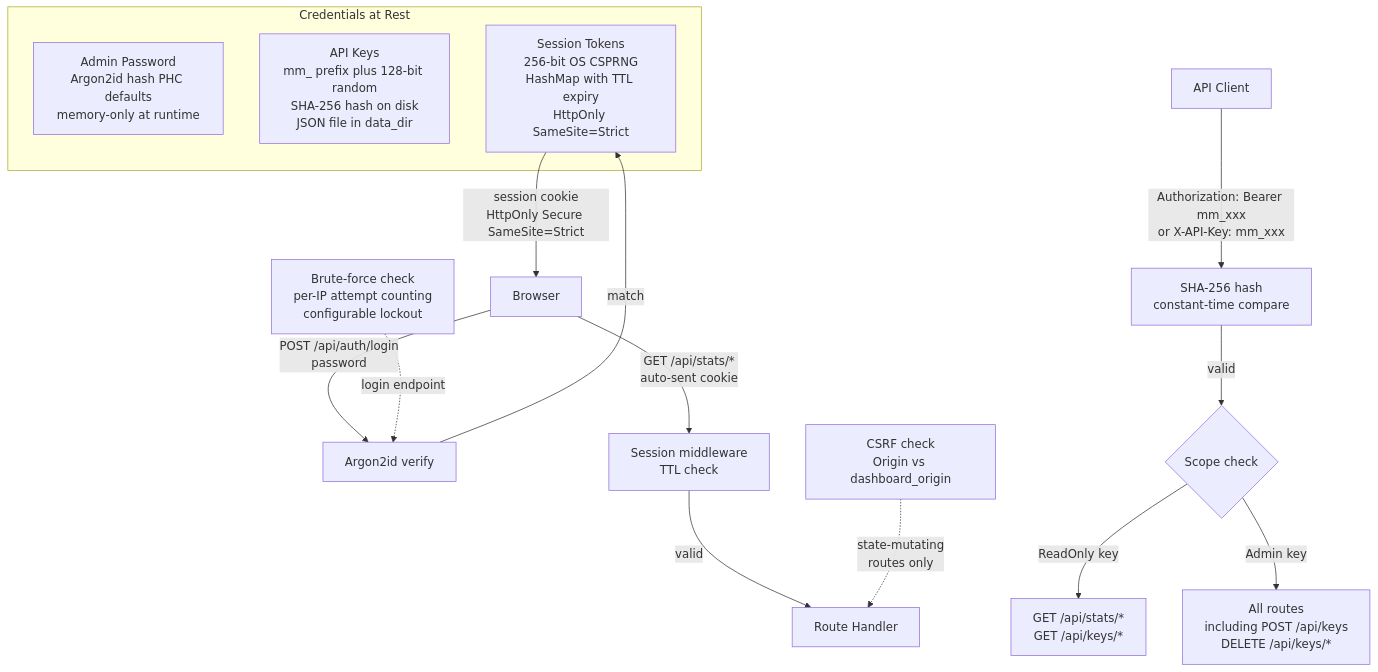
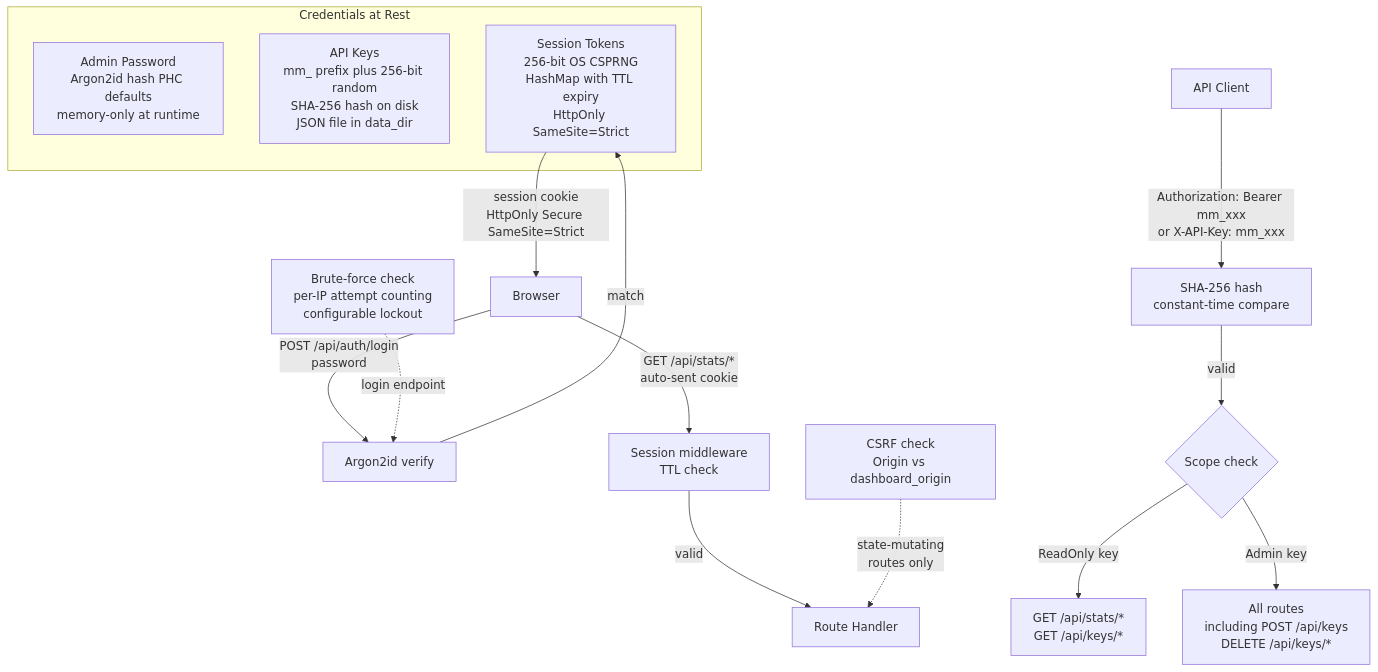
Before and after one commit to tomtom215/mallardmetrics: the fourth of 5 diagrams in docs/src/architecture.md, drawn with Mermaid. The commit also changed 15 other files, not shown here.

````diff
--- a/docs/src/architecture.md
+++ b/docs/src/architecture.md
@@ -161,27 +161,27 @@
 ```mermaid
 flowchart TD
     subgraph CREDS["Credentials at Rest"]
         HASH["Admin Password\nArgon2id hash PHC defaults\nmemory-only at runtime"]
-        KEYS["API Keys\nmm_ prefix plus 128-bit random\nSHA-256 hash on disk\nJSON file in data_dir"]
+        KEYS["API Keys\nmm_ prefix plus 256-bit random\nSHA-256 hash on disk\nJSON file in data_dir"]
         SESS["Session Tokens\n256-bit OS CSPRNG\nHashMap with TTL expiry\nHttpOnly SameSite=Strict"]
     end
 
     BROWSER["Browser"] -->|"POST /api/auth/login\npassword"| ARGON
     ARGON["Argon2id verify"] -->|"match"| SESS
     SESS -->|"session cookie\nHttpOnly Secure SameSite=Strict"| BROWSER
 
     APICLIENT["API Client"] -->|"Authorization: Bearer mm_xxx\nor X-API-Key: mm_xxx"| KEYCHECK
     KEYCHECK["SHA-256 hash\nconstant-time compare"] -->|"valid"| SCOPE
 
     SCOPE{"Scope check"}
     SCOPE -->|"ReadOnly key"| READONLY["GET /api/stats/*\nGET /api/keys/*"]
     SCOPE -->|"Admin key"| ADMIN["All routes\nincluding POST /api/keys\nDELETE /api/keys/*"]
 
     BROWSER -->|"GET /api/stats/*\nauto-sent cookie"| SESSMW
     SESSMW["Session middleware\nTTL check"] -->|"valid"| ROUTE
 
     ROUTE["Route Handler"]
 
     CSRF["CSRF check\nOrigin vs dashboard_origin"] -.->|"state-mutating\nroutes only"| ROUTE
     BF["Brute-force check\nper-IP attempt counting\nconfigurable lockout"] -.->|"login endpoint"| ARGON
 ```
````
